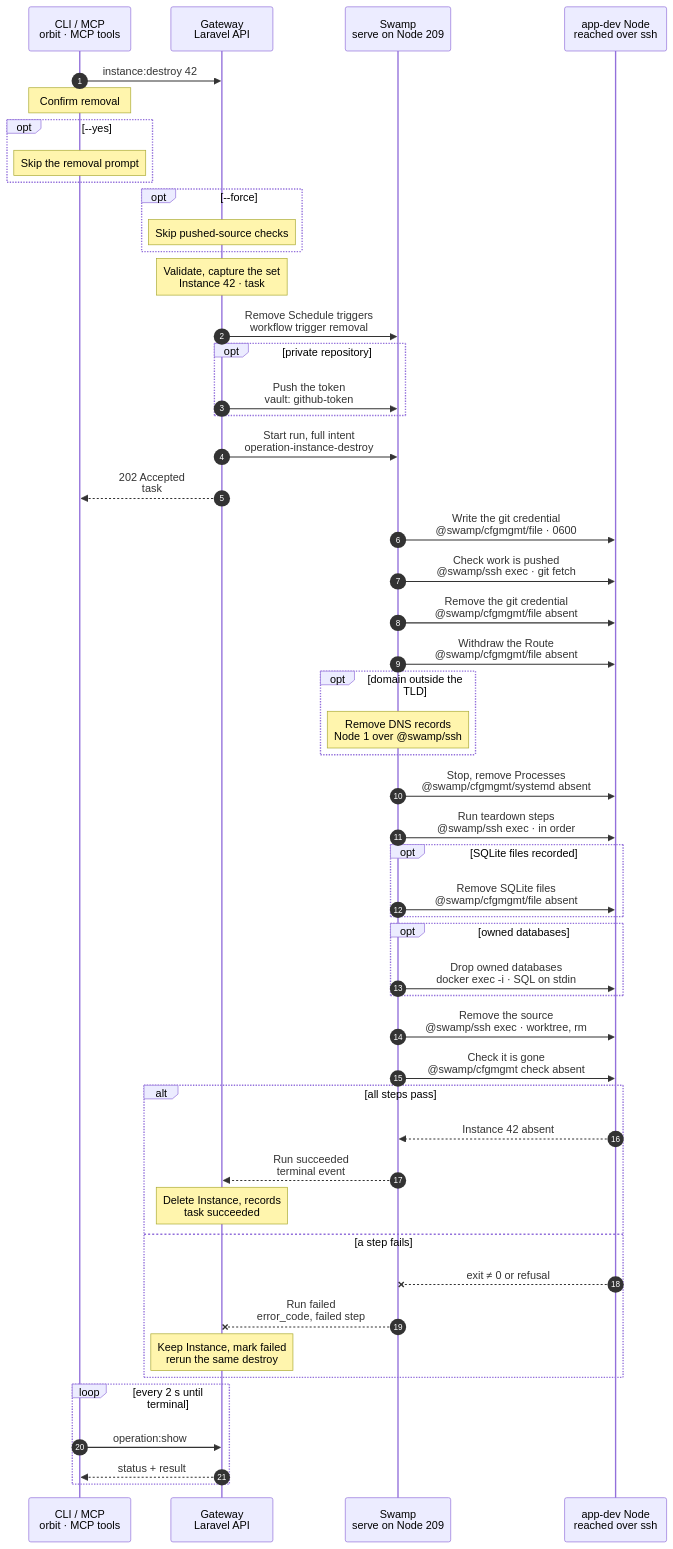
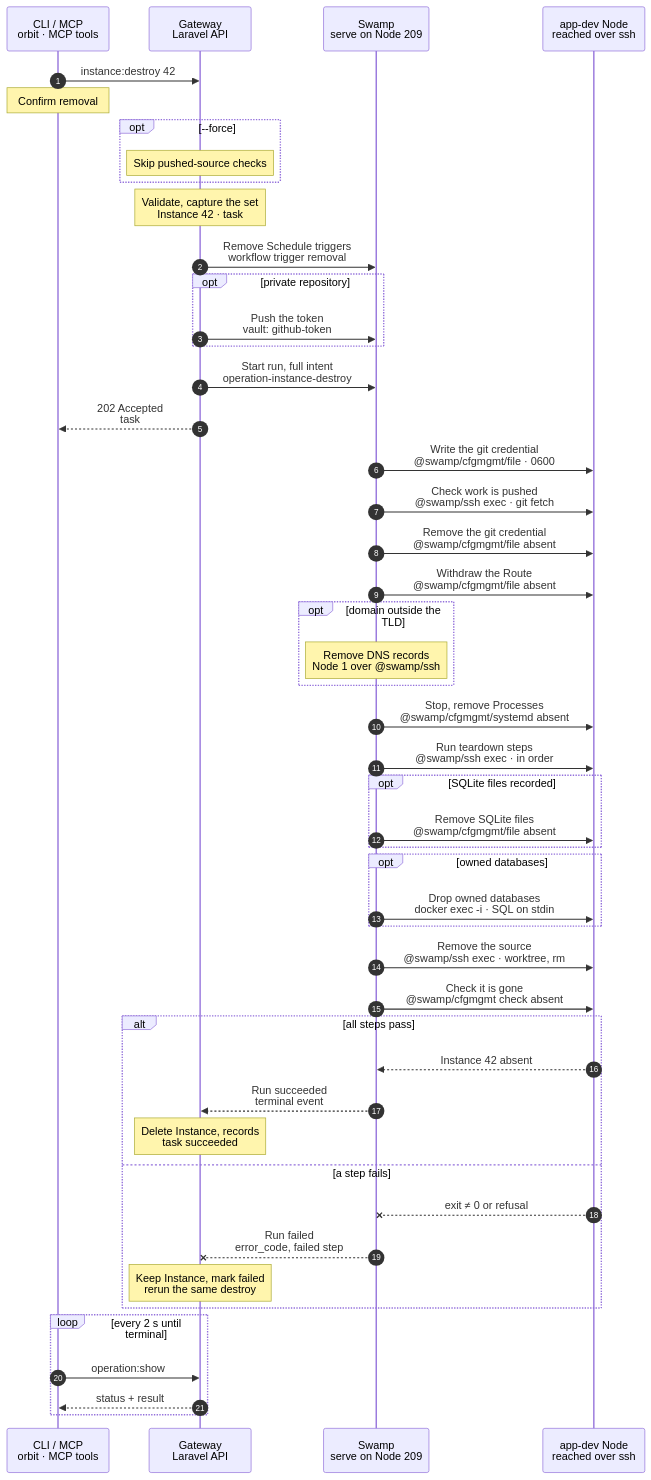
One commit to hardimpactdev/orbit changed the diagram in docs/cli/instance/destroy.mmd. Above: the diagram before and after it, drawn with Mermaid. The commit also changed 2 other files, not shown here.

Commit message:
docs(instance): keep the prompt-skipping --yes and transfer --force in notes, not opt blocks

```diff
--- a/docs/cli/instance/destroy.mmd
+++ b/docs/cli/instance/destroy.mmd
@@ -29,11 +29,7 @@
   Note over CLI: Confirm removal
   %%> What it does:
   %%> - asks for default-No consent before sending the removal request
-  opt --yes
-    Note over CLI: Skip the removal prompt
-    %%> What it changes:
-    %%> - supplies consent without the default-No prompt; required for noninteractive or JSON calls
-  end
+  %%> - `--yes` supplies that consent without the prompt; noninteractive and JSON calls require it
   opt --force
     Note over GW: Skip pushed-source checks
     %%> What it changes:
```
